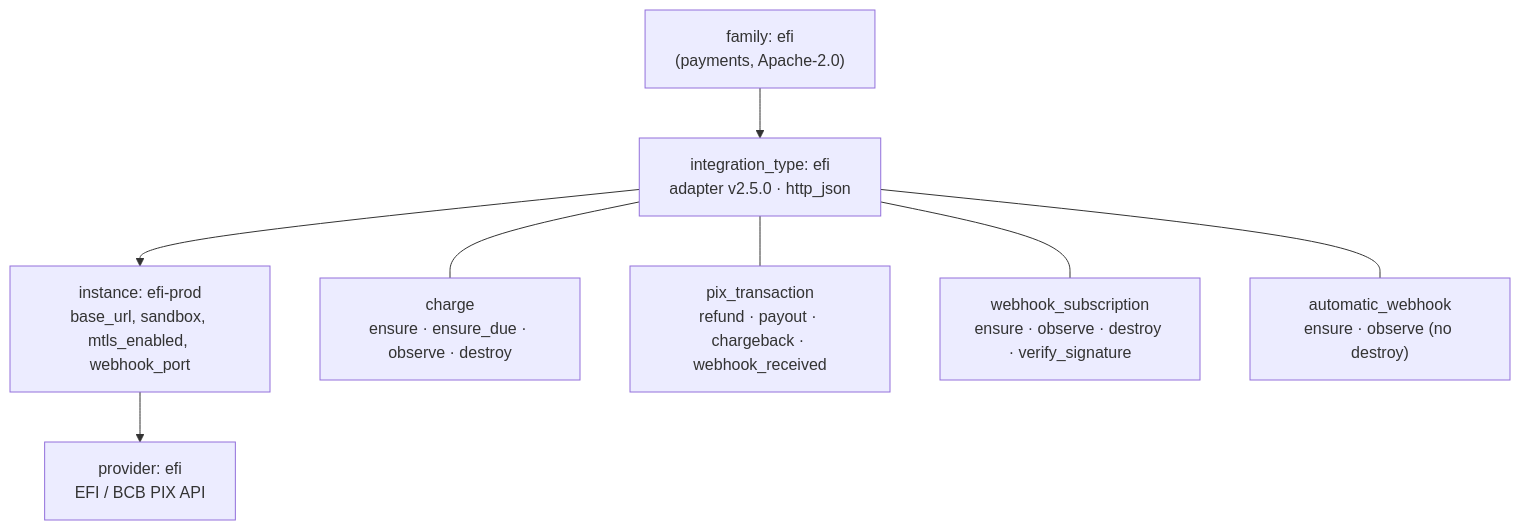
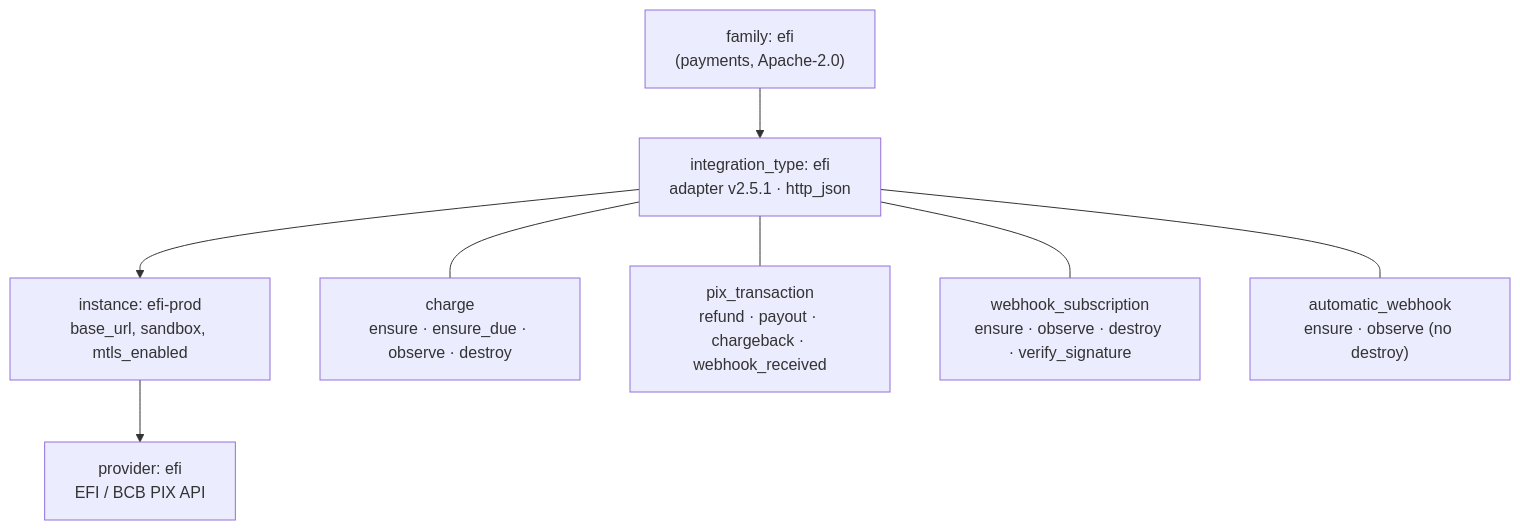
The second of 3 diagrams in README.md (dakasa-yggdrasil/integration-efi), drawn with Mermaid before and after one commit. The commit also changed other lines of this file and 9 other files, not shown here.

First line of the commit message:
📝 Document the adapter without the webhook listener

````diff
--- a/README.md
+++ b/README.md
@@ -73,13 +73,13 @@
 ```mermaid
 flowchart TD
   fam["family: efi<br/>(payments, Apache-2.0)"]
-  typ["integration_type: efi<br/>adapter v2.5.0 · http_json"]
-  inst["instance: efi-prod<br/>base_url, sandbox, mtls_enabled, webhook_port"]
+  typ["integration_type: efi<br/>adapter v2.5.1 · http_json"]
+  inst["instance: efi-prod<br/>base_url, sandbox, mtls_enabled"]
   prov["provider: efi<br/>EFI / BCB PIX API"]
   fam --> typ --> inst --> prov
 
   typ --- rt1["charge<br/>ensure · ensure_due · observe · destroy"]
   typ --- rt2["pix_transaction<br/>refund · payout · chargeback · webhook_received"]
   typ --- rt3["webhook_subscription<br/>ensure · observe · destroy · verify_signature"]
   typ --- rt4["automatic_webhook<br/>ensure · observe (no destroy)"]
 ```
````
